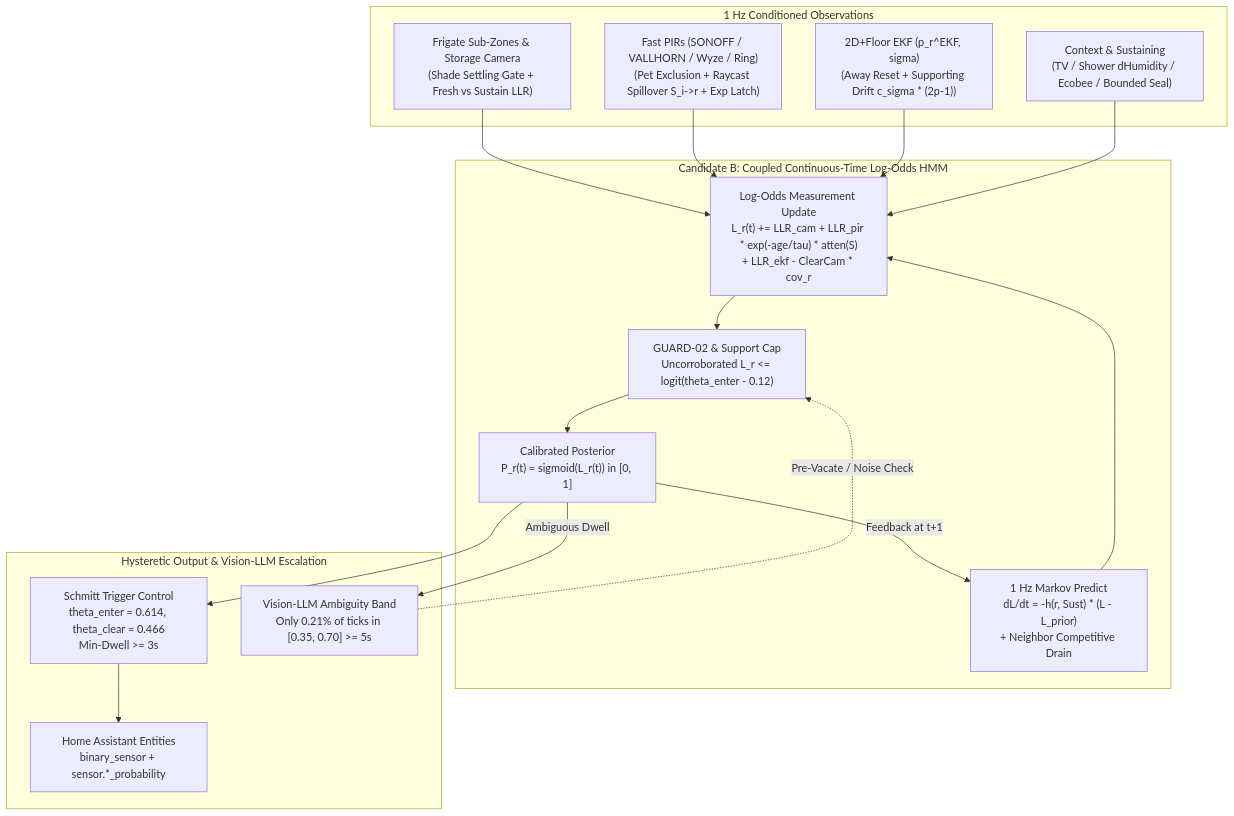
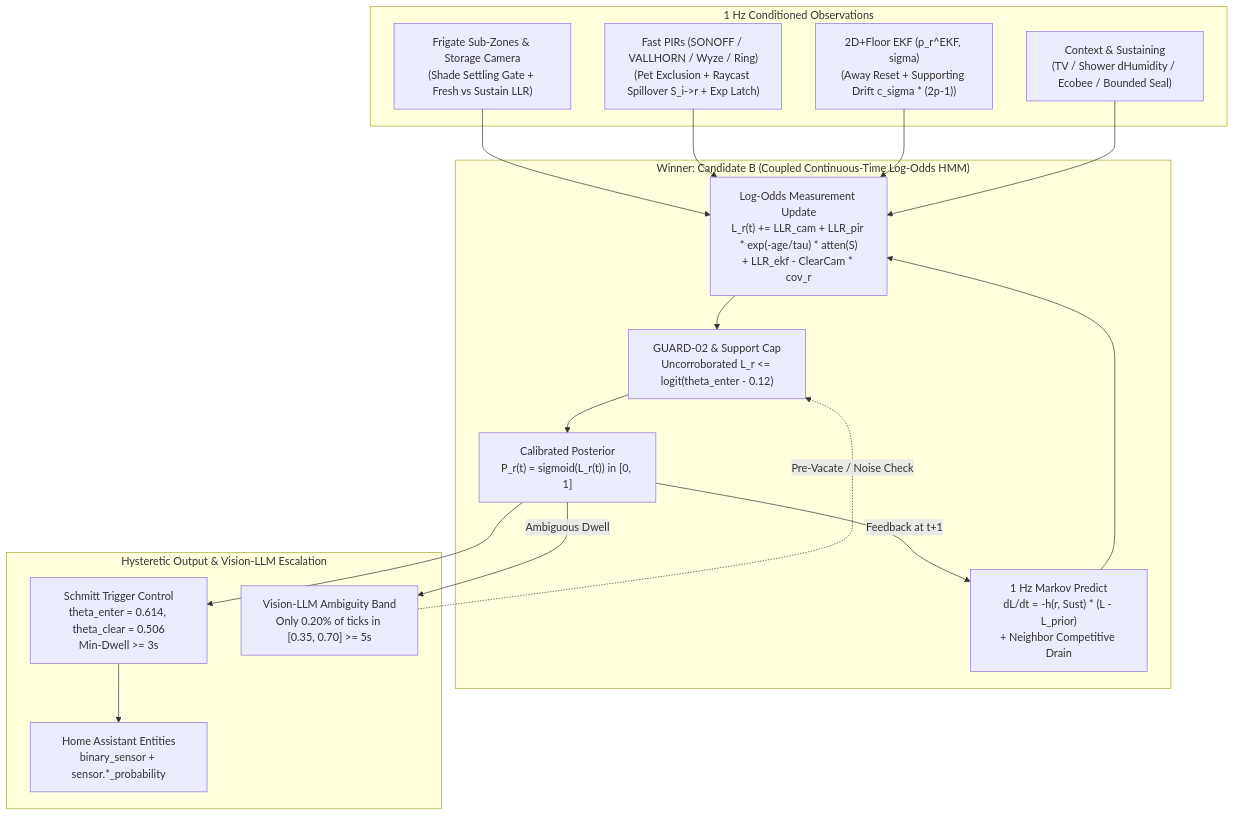
Before and after one commit to spelech/ha-presence-detection-designer: the second of 2 diagrams in docs/SIGNAL_PROCESSING_OPTIMIZATION_REPORT.md, drawn with Mermaid. The commit also changed other lines of this file, not shown here.

Commit message:
docs(architecture): update optimization report with Candidate E hybrid results and digital-twin audit

````diff
--- a/docs/SIGNAL_PROCESSING_OPTIMIZATION_REPORT.md
+++ b/docs/SIGNAL_PROCESSING_OPTIMIZATION_REPORT.md
@@ -81,30 +82,30 @@
 ```mermaid
 flowchart TB
     subgraph SENS["1 Hz Conditioned Observations"]
         CAM["Frigate Sub-Zones & Storage Camera<br/>(Shade Settling Gate + Fresh vs Sustain LLR)"]
         PIR["Fast PIRs (SONOFF / VALLHORN / Wyze / Ring)<br/>(Pet Exclusion + Raycast Spillover S_i->r + Exp Latch)"]
         EKF["2D+Floor EKF (p_r^EKF, sigma)<br/>(Away Reset + Supporting Drift c_sigma * (2p-1))"]
         AUX["Context & Sustaining<br/>(TV / Shower dHumidity / Ecobee / Bounded Seal)"]
     end
 
-    subgraph CORE["Candidate B: Coupled Continuous-Time Log-Odds HMM"]
+    subgraph CORE["Winner: Candidate B (Coupled Continuous-Time Log-Odds HMM)"]
         PRED["1 Hz Markov Predict<br/>dL/dt = -h(r, Sust) * (L - L_prior)<br/>+ Neighbor Competitive Drain"]
         UPD["Log-Odds Measurement Update<br/>L_r(t) += LLR_cam + LLR_pir * exp(-age/tau) * atten(S)<br/>+ LLR_ekf - ClearCam * cov_r"]
         CAP["GUARD-02 & Support Cap<br/>Uncorroborated L_r <= logit(theta_enter - 0.12)"]
         PROB["Calibrated Posterior<br/>P_r(t) = sigmoid(L_r(t)) in [0, 1]"]
     end
 
     subgraph CTRL["Hysteretic Output & Vision-LLM Escalation"]
-        SCH["Schmitt Trigger Control<br/>theta_enter = 0.614, theta_clear = 0.466<br/>Min-Dwell >= 3s"]
-        VLM["Vision-LLM Ambiguity Band<br/>Only 0.21% of ticks in [0.35, 0.70] >= 5s"]
+        SCH["Schmitt Trigger Control<br/>theta_enter = 0.614, theta_clear = 0.506<br/>Min-Dwell >= 3s"]
+        VLM["Vision-LLM Ambiguity Band<br/>Only 0.20% of ticks in [0.35, 0.70] >= 5s"]
         HA["Home Assistant Entities<br/>binary_sensor + sensor.*_probability"]
     end
 
     CAM & PIR & EKF & AUX --> UPD
     PRED --> UPD
     UPD --> CAP
     CAP --> PROB
     PROB -->|"Feedback at t+1"| PRED
     PROB --> SCH --> HA
     PROB -->|"Ambiguous Dwell"| VLM -.->|"Pre-Vacate / Noise Check"| CAP
 ```
````
